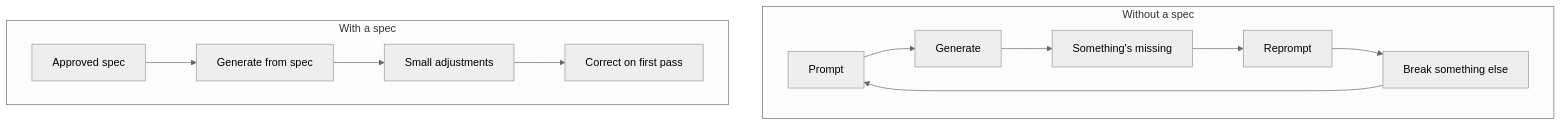
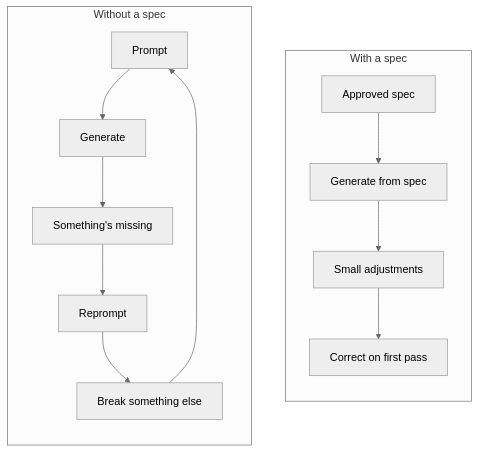
One commit to felipefontoura/spec-driven-development-book changed the first of 15 diagrams in BOOK.en.md. Above: the diagram before and after it, drawn with Mermaid (neutral theme). The commit also changed other lines of this file and 1 other file, not shown here.

````diff
--- a/BOOK.en.md
+++ b/BOOK.en.md
@@ -88,20 +88,22 @@
 ```mermaid
 flowchart TB
+    subgraph COM["With a spec"]
+        direction TB
+        S1[Approved spec] --> G2[Generate from spec]
+        G2 --> A1[Small adjustments]
+        A1 --> OK[Correct on first pass]
+    end
+
     subgraph SEM["Without a spec"]
+        direction TB
         P1[Prompt] --> G1[Generate]
         G1 --> F1[Something's missing]
         F1 --> P2[Reprompt]
         P2 --> Q1[Break something else]
         Q1 --> P1
     end
 
-    subgraph COM["With a spec"]
-        S1[Approved spec] --> G2[Generate from spec]
-        G2 --> A1[Small adjustments]
-        A1 --> OK[Correct on first pass]
-    end
-
     class P1,G1,F1,P2,Q1 muted;
     class S1,OK accent;
     class G2,A1 neutral;
 ```
````
